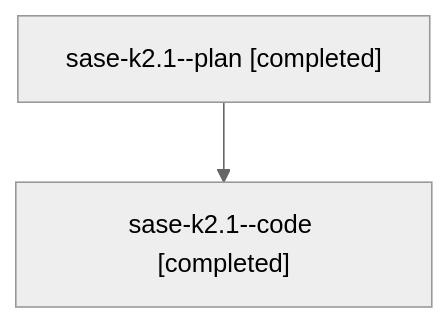
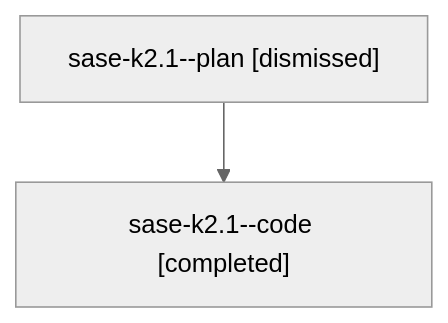
The diagram in families/bbugyi200.athena.sase-k2.1.md (sase-org/sase--agents), drawn with Mermaid (neutral theme) before and after one commit. The commit also changed other lines of this file and 1607 other files, not shown here.

````diff
--- a/families/bbugyi200.athena.sase-k2.1.md
+++ b/families/bbugyi200.athena.sase-k2.1.md
@@ -9,6 +9,6 @@
 ```mermaid
 flowchart TD
-  n0["sase-k2.1--plan [completed]"]
+  n0["sase-k2.1--plan [dismissed]"]
   n1["sase-k2.1--code [completed]"]
   n0 --> n1
 ```
````
